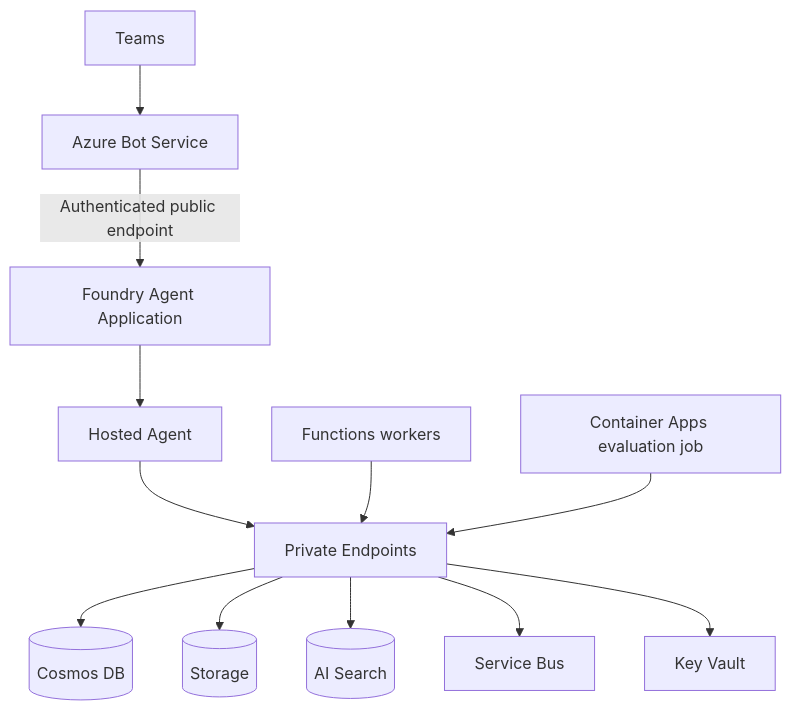
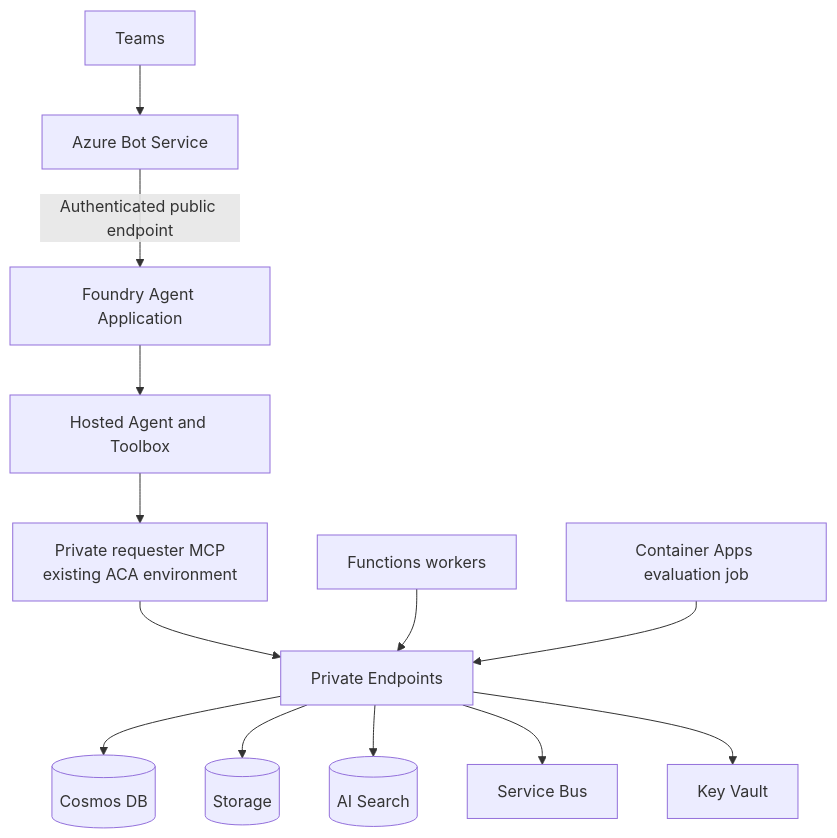
One commit to duongthaiha/intake-agent changed the ninth of 12 diagrams in architecture.md. Above: the diagram before and after it, drawn with Mermaid. The commit also changed other lines of this file and 46 other files, not shown here.

Commit message:
feat: extract requester tools to private MCP service

````diff
--- a/architecture.md
+++ b/architecture.md
@@ -756,15 +789,16 @@
 ```mermaid
 flowchart TB
     Teams[Teams] --> Bot[Azure Bot Service]
     Bot -->|Authenticated public endpoint| Foundry[Foundry Agent Application]
-    Foundry --> Agent[Hosted Agent]
+    Foundry --> Agent[Hosted Agent and Toolbox]
+    Agent --> MCP[Private requester MCP<br/>existing ACA environment]
 
-    Agent --> PE[Private Endpoints]
+    MCP --> PE[Private Endpoints]
     Worker[Functions workers] --> PE
     EvalJob[Container Apps evaluation job] --> PE
     PE --> Cosmos[(Cosmos DB)]
     PE --> Blob[(Storage)]
     PE --> Search[(AI Search)]
     PE --> Bus[Service Bus]
     PE --> Vault[Key Vault]
 ```
````
